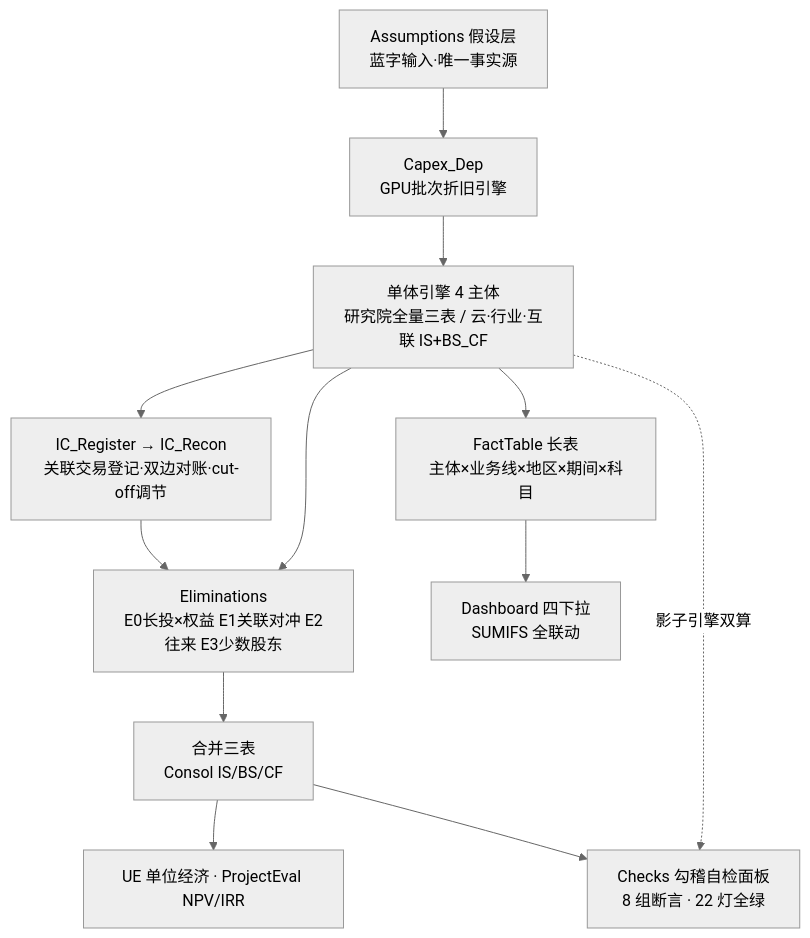
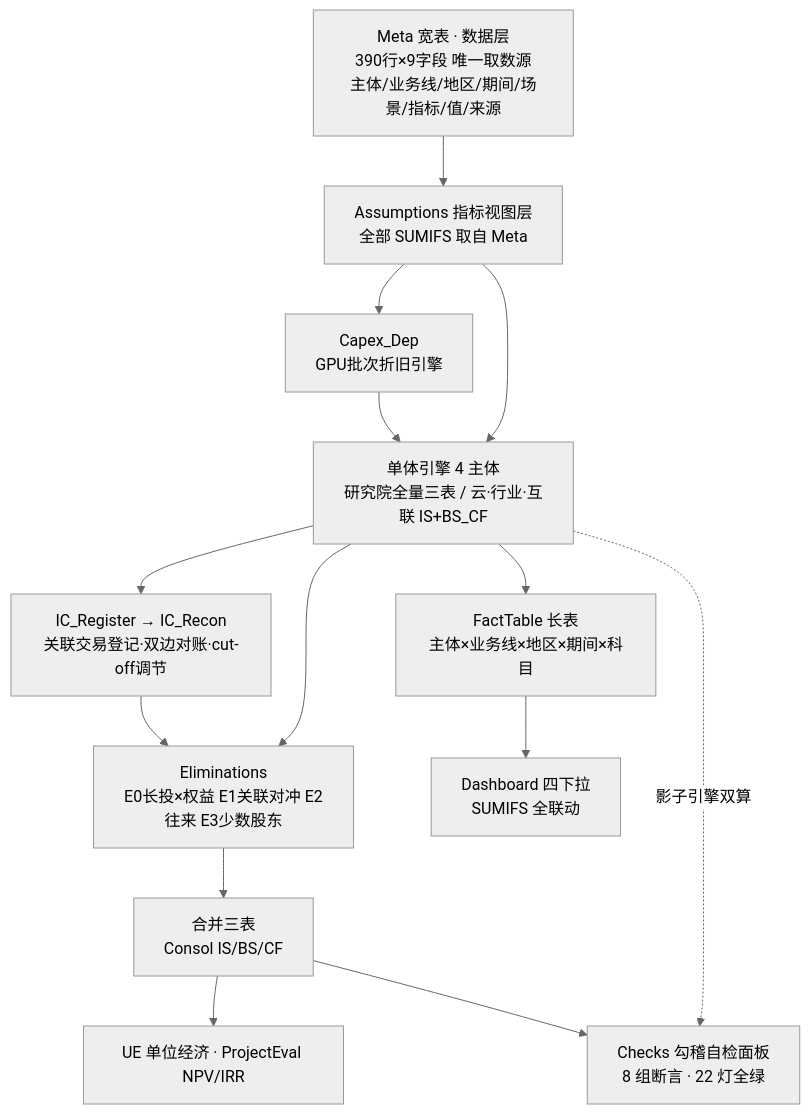
Before and after one commit to tmiao1201/finengine: the first of 2 diagrams in README.md, drawn with Mermaid (neutral theme). The commit also changed other lines of this file and 10 other files, not shown here.

First line of the commit message:
2.0 Meta 数据层：数据与逻辑分离，行业通用化

````diff
--- a/README.md
+++ b/README.md
@@ -15,14 +17,17 @@
 ```mermaid
 flowchart TD
-    A[Assumptions 假设层<br/>蓝字输入·唯一事实源] --> B[Capex_Dep<br/>GPU批次折旧引擎]
+    M[Meta 宽表 · 数据层<br/>390行×9字段 唯一取数源<br/>主体/业务线/地区/期间/场景/指标/值/来源]
+    A[Assumptions 指标视图层<br/>全部 SUMIFS 取自 Meta] --> B[Capex_Dep<br/>GPU批次折旧引擎]
+    M --> A
     B --> C[单体引擎 4 主体<br/>研究院全量三表 / 云·行业·互联 IS+BS_CF]
+    A --> C
     C --> D[FactTable 长表<br/>主体×业务线×地区×期间×科目]
     C --> E[IC_Register → IC_Recon<br/>关联交易登记·双边对账·cut-off调节]
     E --> F[Eliminations<br/>E0长投×权益 E1关联对冲 E2往来 E3少数股东]
     C --> F
     F --> G[合并三表<br/>Consol IS/BS/CF]
     D --> H[Dashboard 四下拉<br/>SUMIFS 全联动]
     G --> I[UE 单位经济 · ProjectEval NPV/IRR]
     G --> J[Checks 勾稽自检面板<br/>8 组断言 · 22 灯全绿]
     C -.影子引擎双算.-> J
 ```
````
